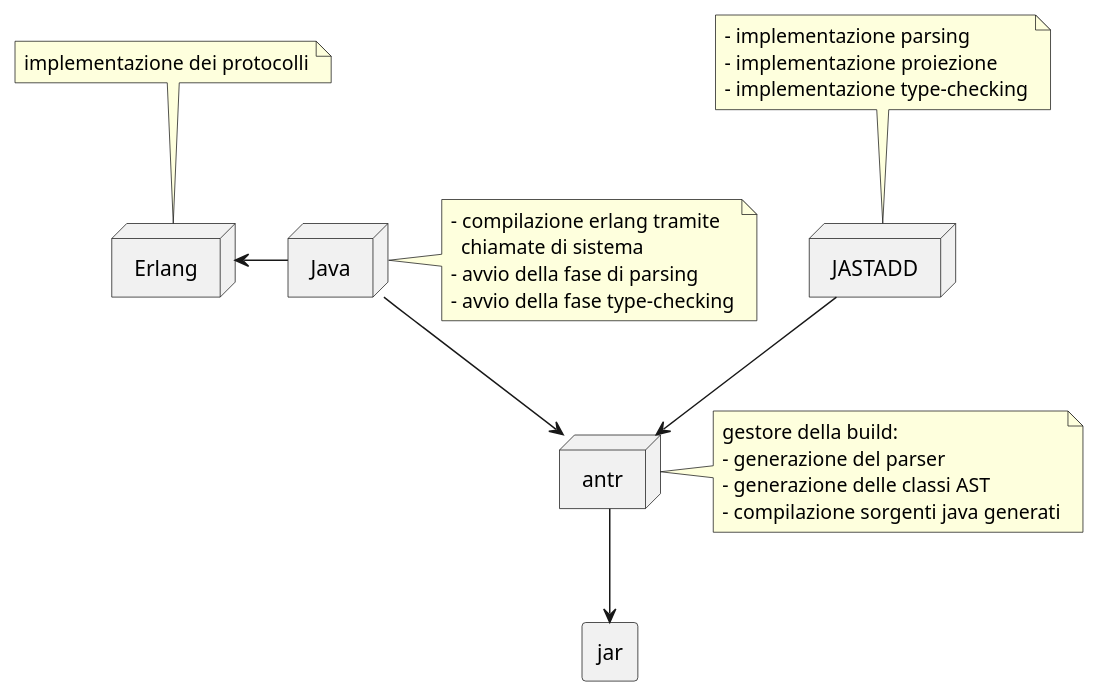
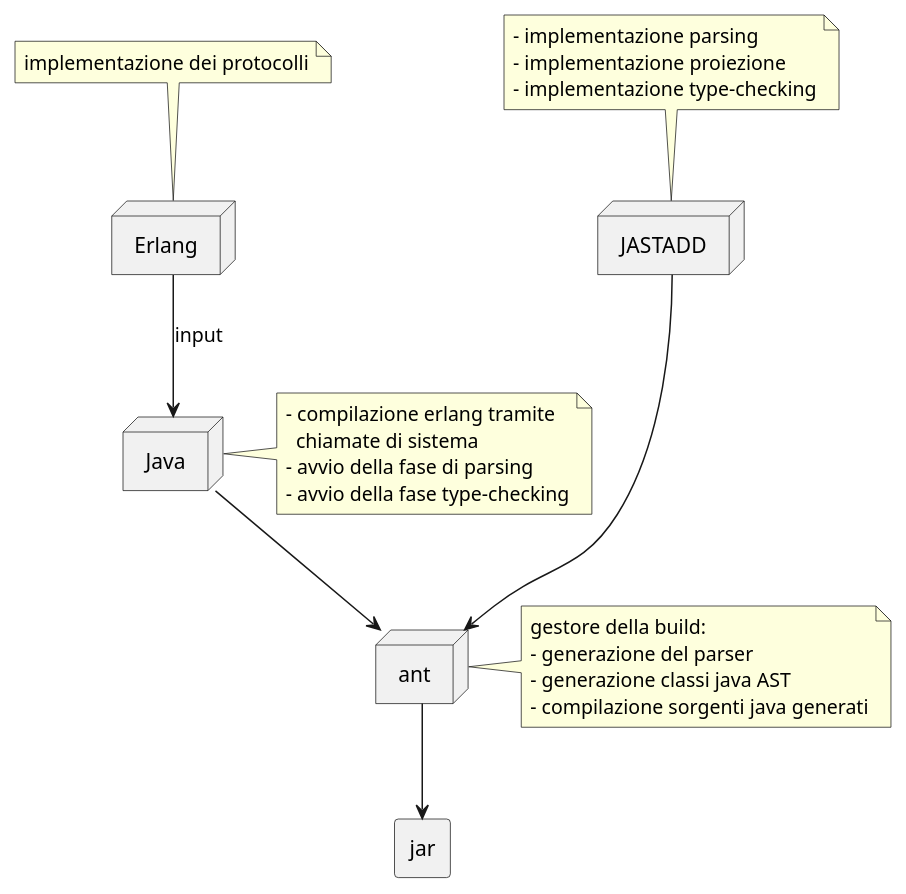
One commit to 20001327/sessiontypechecker changed the diagram in UML/Stumenti.puml. Above: the diagram before and after it, drawn with PlantUML.

Commit message:
strumenti

```diff
--- a/UML/Stumenti.puml
+++ b/UML/Stumenti.puml
@@ -1,50 +1,48 @@
 @startuml
     note as n
         implementazione dei protocolli
     end note
     n-.Erlang
     node Erlang{
 
     }
 
     note as nk
         - implementazione parsing
         - implementazione proiezione
         - implementazione type-checking
     end note
     nk-.JASTADD
     node JASTADD{
 
     }
 
-    JASTADD --> antr
+    JASTADD ---> ant
     note as c
         gestore della build:
         - generazione del parser
-        - generazione delle classi AST
+        - generazione classi java AST
         - compilazione sorgenti java generati
     end note
-    antr.c
-    node antr{
+    ant.c
+    node ant{
 
     }
 
-    Erlang <- Java
-    Java --> antr
+    Erlang --> Java:input
+    Java --> ant
 
     note as j
         - compilazione erlang tramite
           chiamate di sistema
         - avvio della fase di parsing
         - avvio della fase type-checking
     end note
     Java.j
     node Java{
     }
 
     rectangle jar
-    antr --> jar
-
-
+    ant --> jar
 
 @enduml
```
